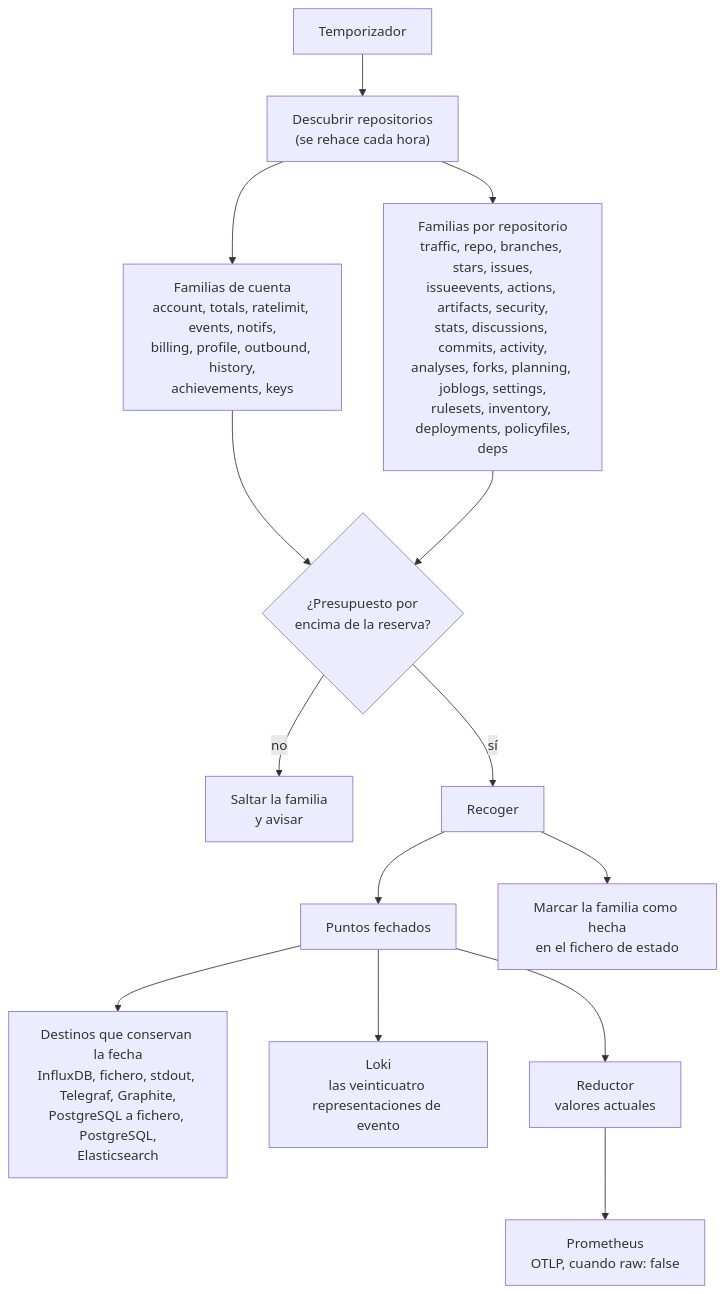
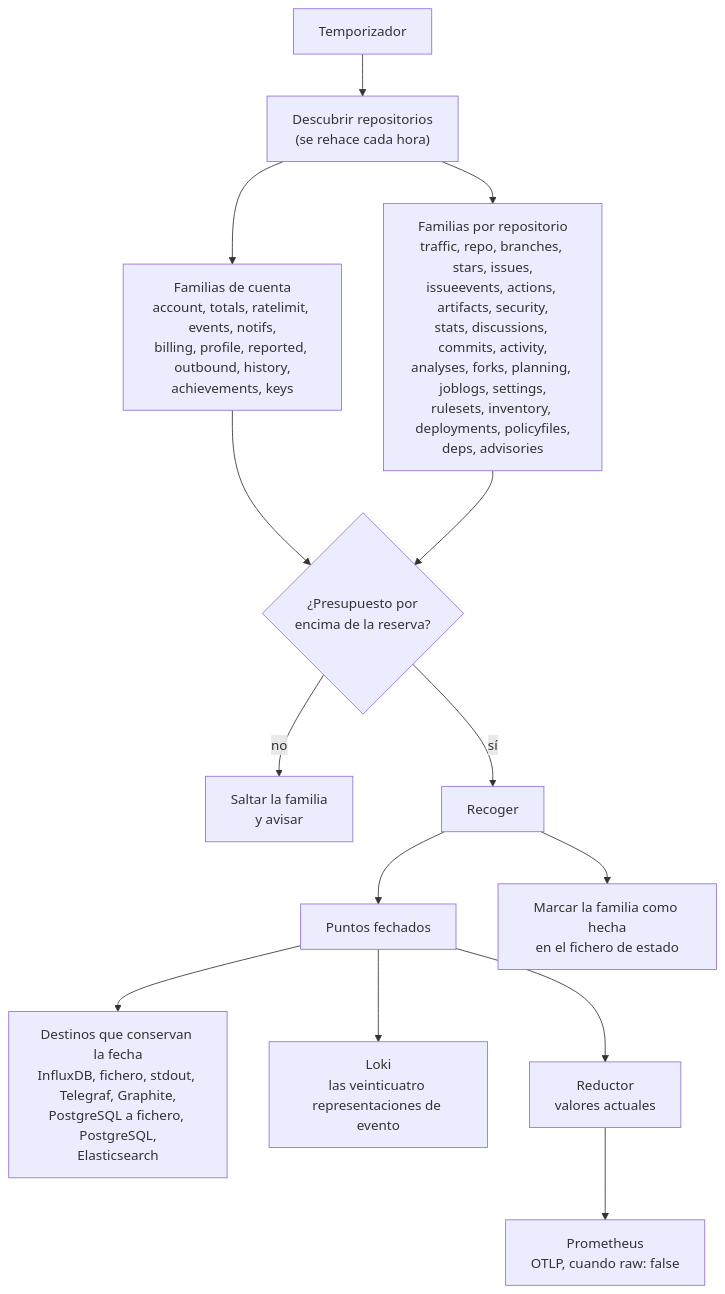
The diagram in site/src/content/docs/es/how/index.mdx (jmrplens/ghchronicle), drawn with Mermaid before and after one commit. The commit also changed 32 other files, not shown here.

````diff
--- a/site/src/content/docs/es/how/index.mdx
+++ b/site/src/content/docs/es/how/index.mdx
@@ -22,17 +22,17 @@
 ```mermaid
 %% Generated by site/scripts/gen-figures.mjs from internal/config/config.go and internal/run/runner.go
 flowchart TD
     T["Temporizador"] --> D["Descubrir repositorios<br/>(se rehace cada hora)"]
-    D --> A["Familias de cuenta<br/>account, totals, ratelimit, events, notifs,<br/>billing, profile, outbound, history,<br/>achievements, keys"]
-    D --> R["Familias por repositorio<br/>traffic, repo, branches, stars, issues,<br/>issueevents, actions, artifacts, security,<br/>stats, discussions, commits, activity,<br/>analyses, forks, planning, joblogs, settings,<br/>rulesets, inventory, deployments, policyfiles,<br/>deps"]
+    D --> A["Familias de cuenta<br/>account, totals, ratelimit, events, notifs,<br/>billing, profile, reported, outbound, history,<br/>achievements, keys"]
+    D --> R["Familias por repositorio<br/>traffic, repo, branches, stars, issues,<br/>issueevents, actions, artifacts, security,<br/>stats, discussions, commits, activity,<br/>analyses, forks, planning, joblogs, settings,<br/>rulesets, inventory, deployments, policyfiles,<br/>deps, advisories"]
     A --> B{"¿Presupuesto por<br/>encima de la reserva?"}
     R --> B
     B -- "no" --> S["Saltar la familia<br/>y avisar"]
     B -- "sí" --> C["Recoger"]
     C --> P["Puntos fechados"]
     P --> H["Destinos que conservan la fecha<br/>InfluxDB, fichero, stdout, Telegraf, Graphite,<br/>PostgreSQL a fichero, PostgreSQL,<br/>Elasticsearch"]
     P --> L["Loki<br/>las veinticuatro representaciones de evento"]
     P --> RD["Reductor<br/>valores actuales"]
     RD --> G["Prometheus<br/>OTLP, cuando raw: false"]
     C --> M["Marcar la familia como hecha<br/>en el fichero de estado"]
 ```
````
